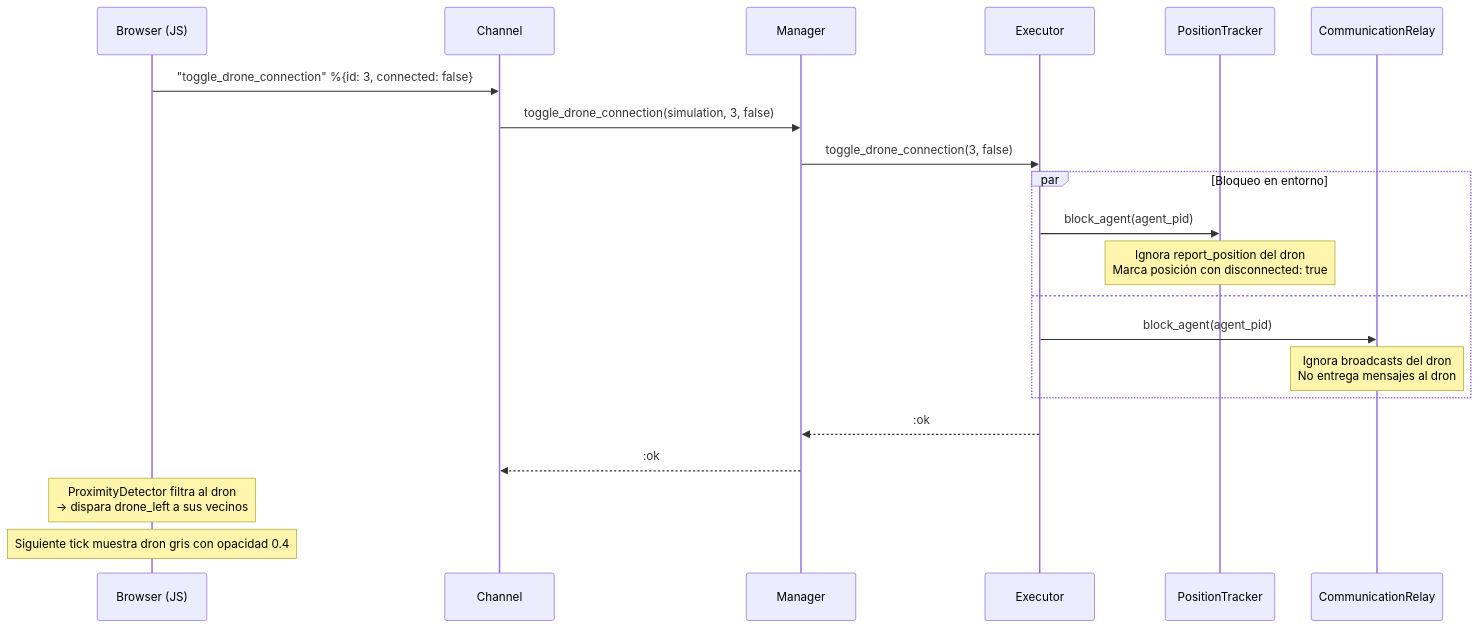
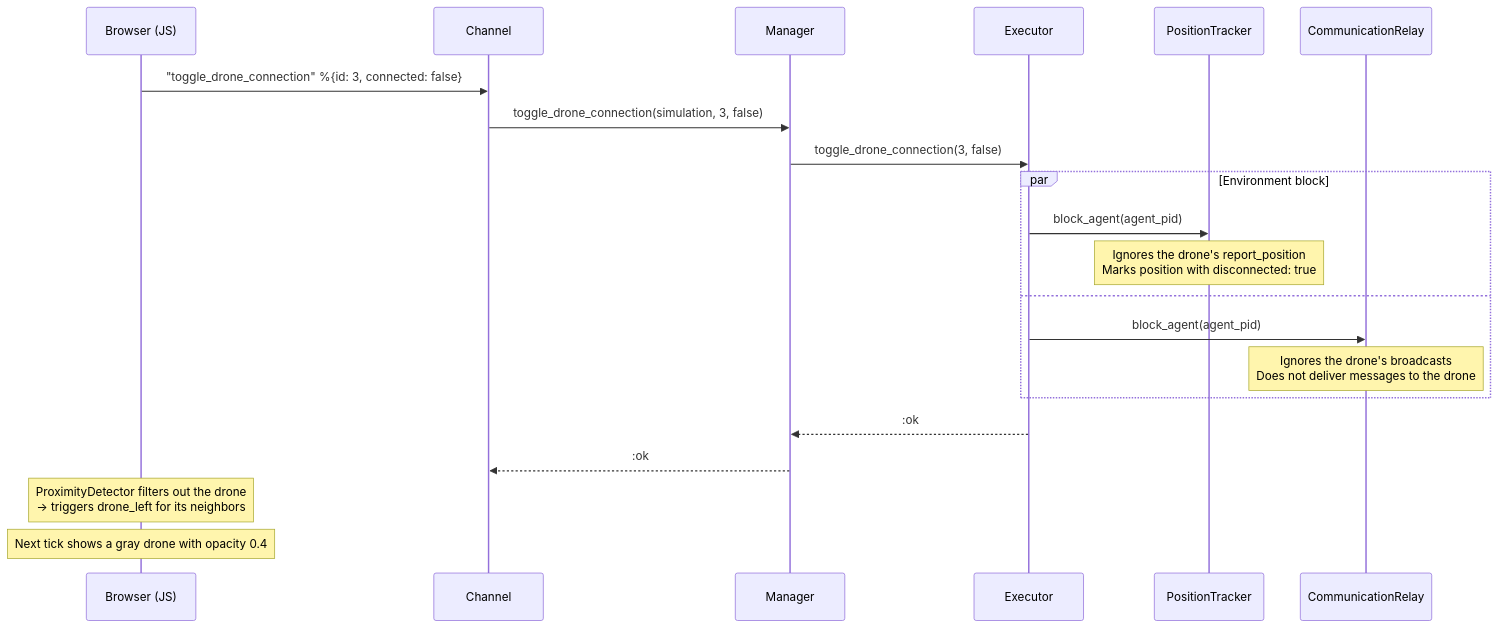
Before and after one commit to FLAGlab/Elixir-Swarm-Simulator: the sixth of 11 diagrams in docs/data_flows.md, drawn with Mermaid. The commit also changed other lines of this file and 40 other files, not shown here.

````diff
--- a/docs/data_flows.md
+++ b/docs/data_flows.md
@@ -166,27 +166,27 @@
 ```mermaid
 sequenceDiagram
     participant JS as Browser (JS)
     participant Ch as Channel
     participant Mg as Manager
     participant Ex as Executor
     participant PT as PositionTracker
     participant CR as CommunicationRelay
 
     JS->>Ch: "toggle_drone_connection" %{id: 3, connected: false}
     Ch->>Mg: toggle_drone_connection(simulation, 3, false)
     Mg->>Ex: toggle_drone_connection(3, false)
 
-    par Bloqueo en entorno
+    par Environment block
         Ex->>PT: block_agent(agent_pid)
-        Note over PT: Ignora report_position del dron<br/>Marca posición con disconnected: true
+        Note over PT: Ignores the drone's report_position<br/>Marks position with disconnected: true
     and
         Ex->>CR: block_agent(agent_pid)
-        Note over CR: Ignora broadcasts del dron<br/>No entrega mensajes al dron
+        Note over CR: Ignores the drone's broadcasts<br/>Does not deliver messages to the drone
     end
 
     Ex-->>Mg: :ok
     Mg-->>Ch: :ok
 
-    Note over JS: ProximityDetector filtra al dron<br/>→ dispara drone_left a sus vecinos
-    Note over JS: Siguiente tick muestra dron gris con opacidad 0.4
+    Note over JS: ProximityDetector filters out the drone<br/>→ triggers drone_left for its neighbors
+    Note over JS: Next tick shows a gray drone with opacity 0.4
 ```
````
